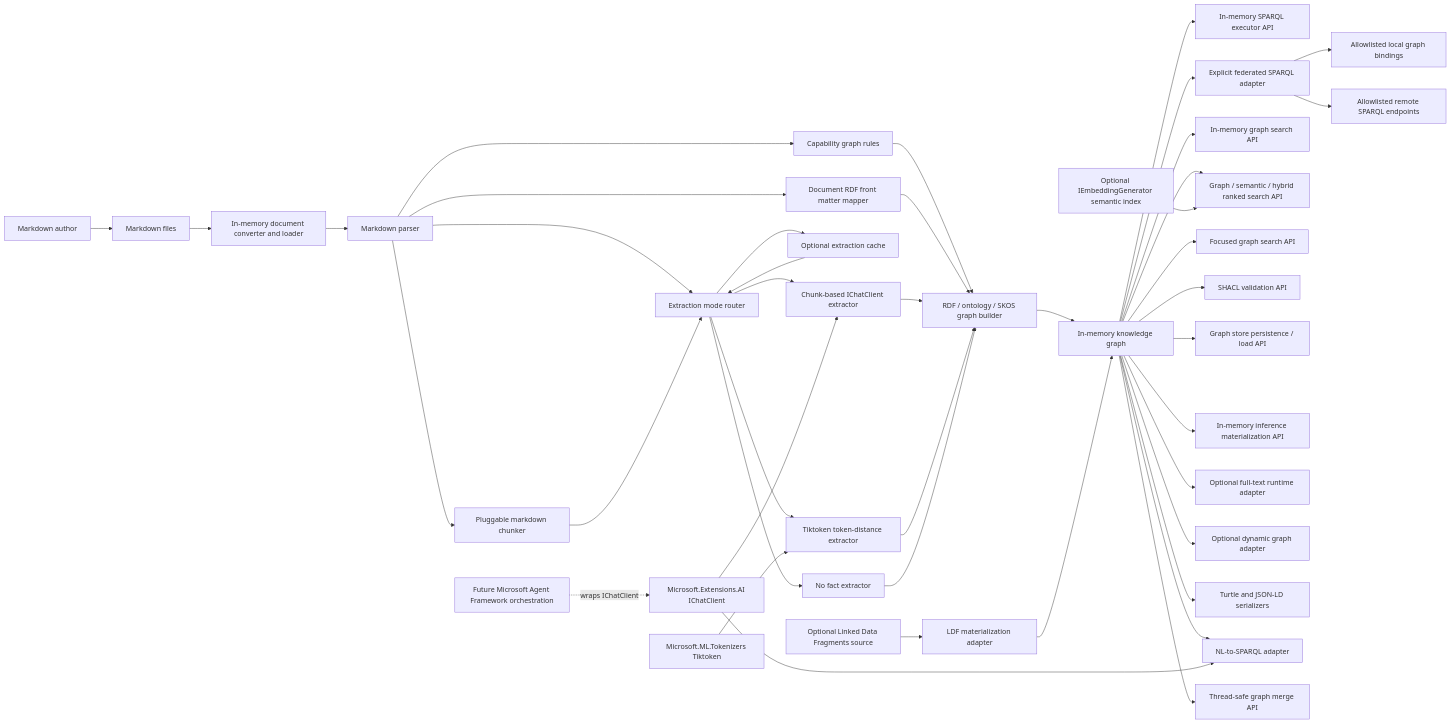
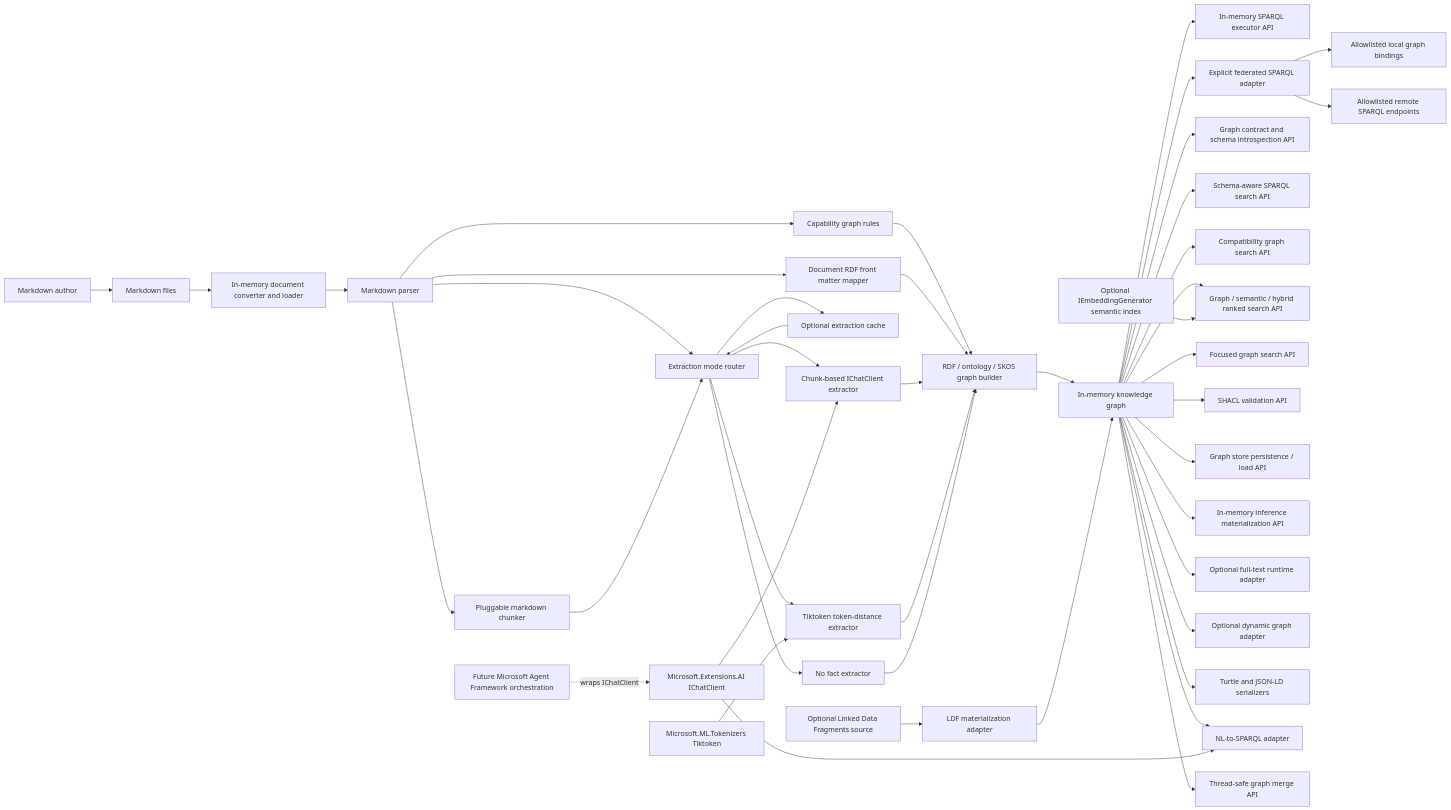
Before and after one commit to managedcode/markdown-ld-kb: the first of 10 diagrams in docs/Architecture.md, drawn with Mermaid. The commit also changed other lines of this file and 37 other files, not shown here.

First line of the commit message:
Add schema-aware graph production pipeline

````diff
--- a/docs/Architecture.md
+++ b/docs/Architecture.md
@@ -17,44 +17,46 @@
 ```mermaid
 flowchart LR
     Author["Markdown author"] --> MarkdownFiles["Markdown files"]
     MarkdownFiles --> Loader["In-memory document converter and loader"]
     Loader --> Parser["Markdown parser"]
     Parser --> Chunker["Pluggable markdown chunker"]
     Parser --> Router["Extraction mode router"]
     Parser --> Rules["Capability graph rules"]
     Parser --> Metadata["Document RDF front matter mapper"]
     Chunker --> Router
     Router --> Cache["Optional extraction cache"]
     Router --> ChatExtractor["Chunk-based IChatClient extractor"]
     Router --> TokenExtractor["Tiktoken token-distance extractor"]
     Router --> NoExtractor["No fact extractor"]
     Cache --> Router
     Rules --> Builder
     Metadata --> Builder
     ChatExtractor --> Builder["RDF / ontology / SKOS graph builder"]
     TokenExtractor --> Builder
     NoExtractor --> Builder
     Builder --> Graph["In-memory knowledge graph"]
     Graph --> Sparql["In-memory SPARQL executor API"]
     Graph --> Federated["Explicit federated SPARQL adapter"]
-    Graph --> Search["In-memory graph search API"]
+    Graph --> Contract["Graph contract and schema introspection API"]
+    Graph --> Search["Schema-aware SPARQL search API"]
+    Graph --> LegacySearch["Compatibility graph search API"]
     Graph --> Ranked["Graph / semantic / hybrid ranked search API"]
     Graph --> Focused["Focused graph search API"]
     Graph --> Shacl["SHACL validation API"]
     Graph --> Persistence["Graph store persistence / load API"]
     Graph --> Inference["In-memory inference materialization API"]
     Graph --> FullText["Optional full-text runtime adapter"]
     Graph --> Dynamic["Optional dynamic graph adapter"]
     Graph --> Serializers["Turtle and JSON-LD serializers"]
     Graph --> NlToSparql["NL-to-SPARQL adapter"]
     Graph --> Merge["Thread-safe graph merge API"]
     Federated --> LocalFederated["Allowlisted local graph bindings"]
     Federated --> RemoteSparql["Allowlisted remote SPARQL endpoints"]
     LdfSource["Optional Linked Data Fragments source"] --> Ldf["LDF materialization adapter"]
     Ldf --> Graph
     Embedder["Optional IEmbeddingGenerator semantic index"] --> Ranked
     IChatClient["Microsoft.Extensions.AI IChatClient"] --> ChatExtractor
     IChatClient --> NlToSparql
     Tokenizer["Microsoft.ML.Tokenizers Tiktoken"] --> TokenExtractor
     AgentFramework["Future Microsoft Agent Framework orchestration"] -. "wraps IChatClient" .-> IChatClient
 ```
````
